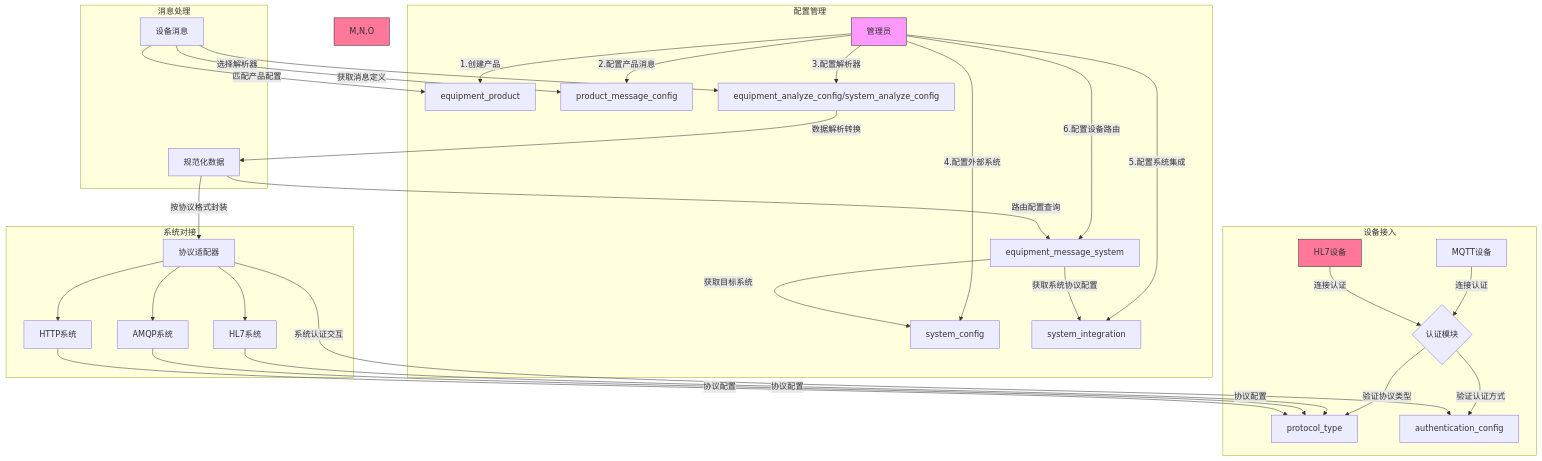
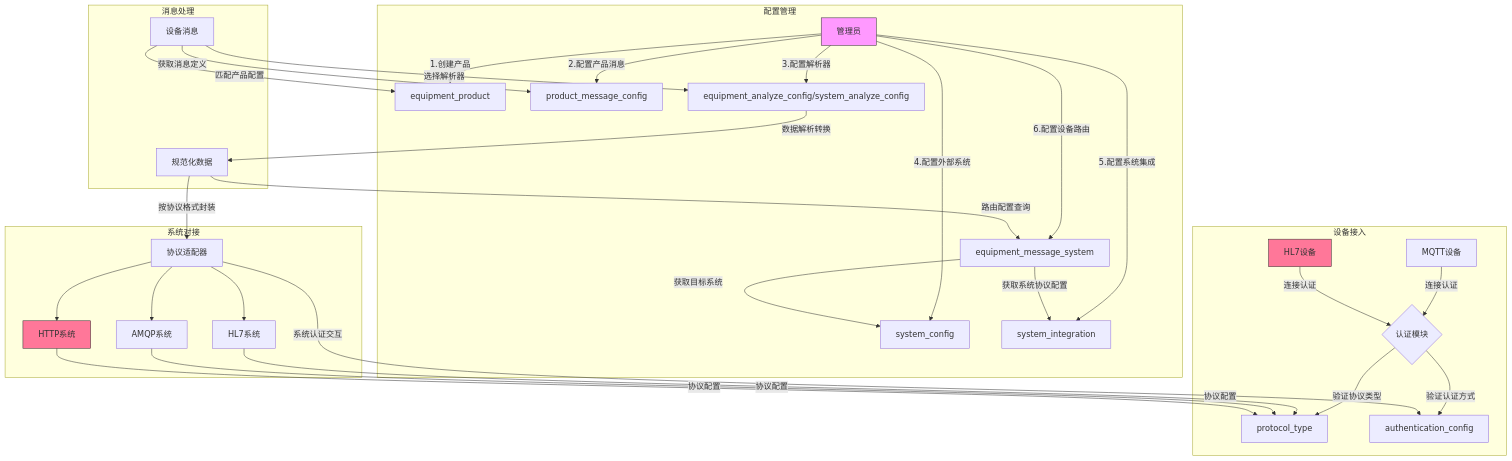
Before and after one commit to fuyong859050943/iodraw-files: the diagram in all/未命名-6.md, drawn with Mermaid.

Commit message:
2025-02-25 19:42:45 update

````diff
--- a/all/未命名-6.md
+++ b/all/未命名-6.md
@@ -1,43 +1,43 @@
 ```mermaid
 flowchart TD
     subgraph 配置管理
         A[管理员] -->|1.创建产品| B[equipment_product]
         A -->|2.配置产品消息| C[product_message_config]
         A -->|3.配置解析器| D[equipment_analyze_config/system_analyze_config]
         A -->|4.配置外部系统| E[system_config]
         A -->|5.配置系统集成| F[system_integration]
         A -->|6.配置设备路由| G[equipment_message_system]
     end
     
     subgraph 设备接入
         H[MQTT设备] -->|连接认证| I{认证模块}
         J[HL7设备] -->|连接认证| I
         I -->|验证协议类型| protocol_type
         I -->|验证认证方式| authentication_config
     end
     
     subgraph 消息处理
         K[设备消息] -->|匹配产品配置| B
         K -->|获取消息定义| C
         K -->|选择解析器| D
         D -->|数据解析转换| L[规范化数据]
         L -->|路由配置查询| G
         G -->|获取目标系统| E
         G -->|获取系统协议配置| F
     end
     
     subgraph 系统对接
         M[HL7系统] -->|协议配置| protocol_type
         N[AMQP系统] -->|协议配置| protocol_type
         O[HTTP系统] -->|协议配置| protocol_type
         L -->|按协议格式封装| P[协议适配器]
         P -->|系统认证交互| authentication_config
         P --> M
         P --> N
         P --> O
     end
     
     style A fill:#f9f,stroke:#333
     style J fill:#f79,stroke:#333
-    style M,N,O fill:#f79,stroke:#333
+    style O fill:#f79,stroke:#333
 ```
````
